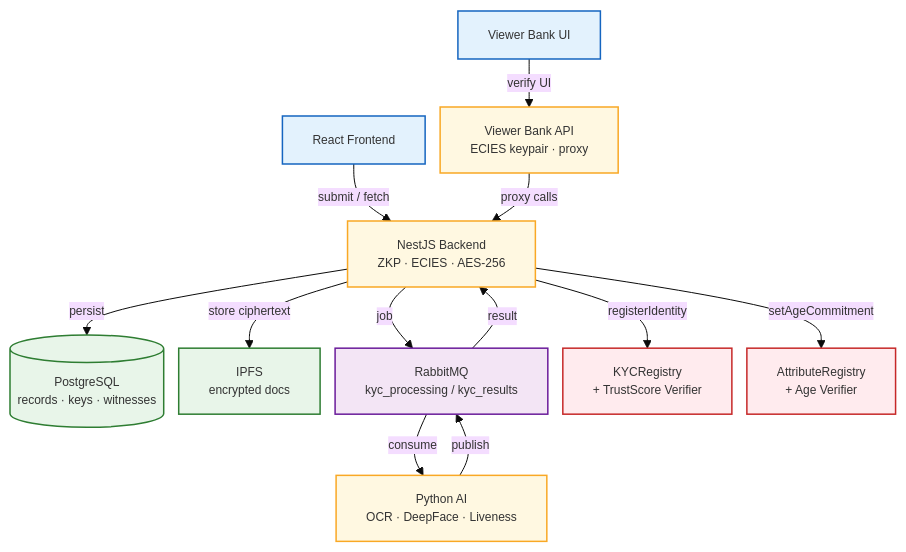
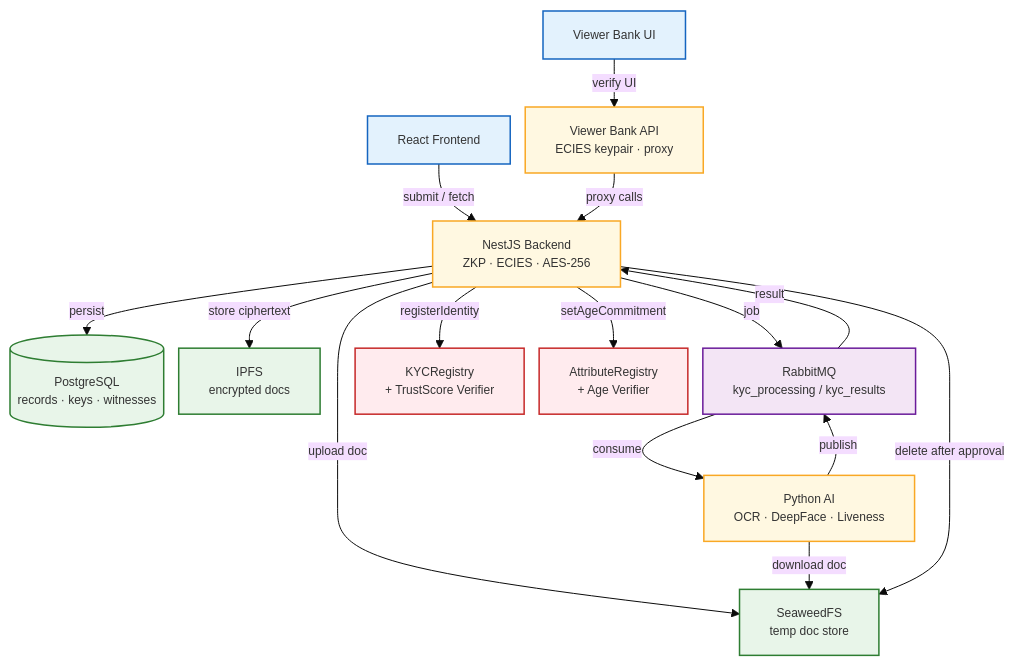
The diagram in Thesis/Digrams/Architecture.md (imanhmz/ekyc), drawn with Mermaid before and after one commit. The commit also changed 3 other files, not shown here.

Commit message:
modify docker and architecture image based on seaweed

````diff
--- a/Thesis/Digrams/Architecture.md
+++ b/Thesis/Digrams/Architecture.md
@@ -1,45 +1,49 @@
 ```mermaid
  %%{init: {'theme':'base', 'themeVariables': {'fontSize':'12px'}, 'flowchart': {'nodeSpacing':15, 'rankSpacing':30}}}%%
 graph TB
 
     FE["React Frontend"]
     VFE["Viewer Bank UI"]
 
     BE["NestJS Backend\nZKP · ECIES · AES-256"]
     AI["Python AI\nOCR · DeepFace · Liveness"]
     VBE["Viewer Bank API\nECIES keypair · proxy"]
 
     DB[("PostgreSQL\nrecords · keys · witnesses")]
+    S3["SeaweedFS\ntemp doc store"]
     IPFS["IPFS\nencrypted docs"]
 
     MQ["RabbitMQ\nkyc_processing / kyc_results"]
 
     KR["KYCRegistry\n+ TrustScore Verifier"]
     AR["AttributeRegistry\n+ Age Verifier"]
 
     FE -->|submit / fetch| BE
     VFE -->|verify UI| VBE
     VBE -->|proxy calls| BE
 
     BE -->|job| MQ -->|result| BE
     MQ -->|consume| AI -->|publish| MQ
 
     BE -->|persist| DB
+    BE -->|upload doc| S3
+    AI -->|download doc| S3
+    BE -->|delete after approval| S3
     BE -->|store ciphertext| IPFS
 
     BE -->|registerIdentity| KR
     BE -->|setAgeCommitment| AR
 
     classDef ui    fill:#E3F2FD,stroke:#1565C0,stroke-width:1.5px
     classDef app   fill:#FFF8E1,stroke:#F9A825,stroke-width:1.5px
     classDef data  fill:#E8F5E9,stroke:#2E7D32,stroke-width:1.5px
     classDef mq    fill:#F3E5F5,stroke:#6A1B9A,stroke-width:1.5px
     classDef chain fill:#FFEBEE,stroke:#C62828,stroke-width:1.5px
 
     class FE,VFE ui
     class BE,AI,VBE app
-    class DB,IPFS data
+    class DB,S3,IPFS data
     class MQ mq
     class KR,AR chain
  
 ```
````
